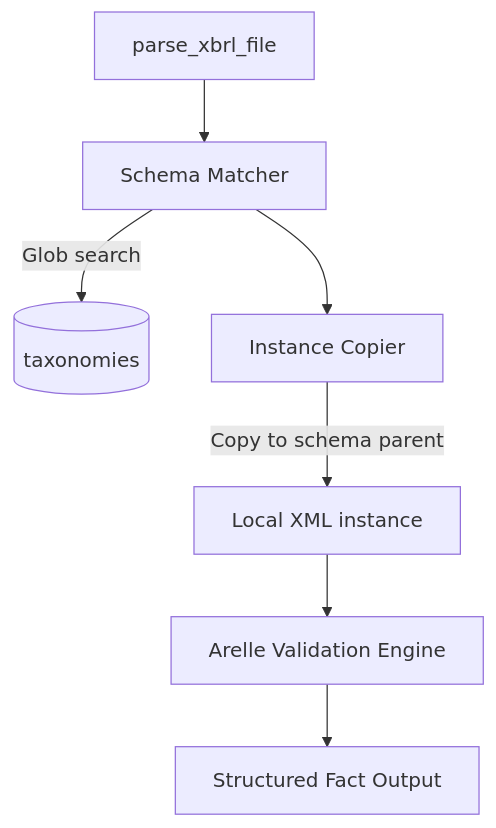
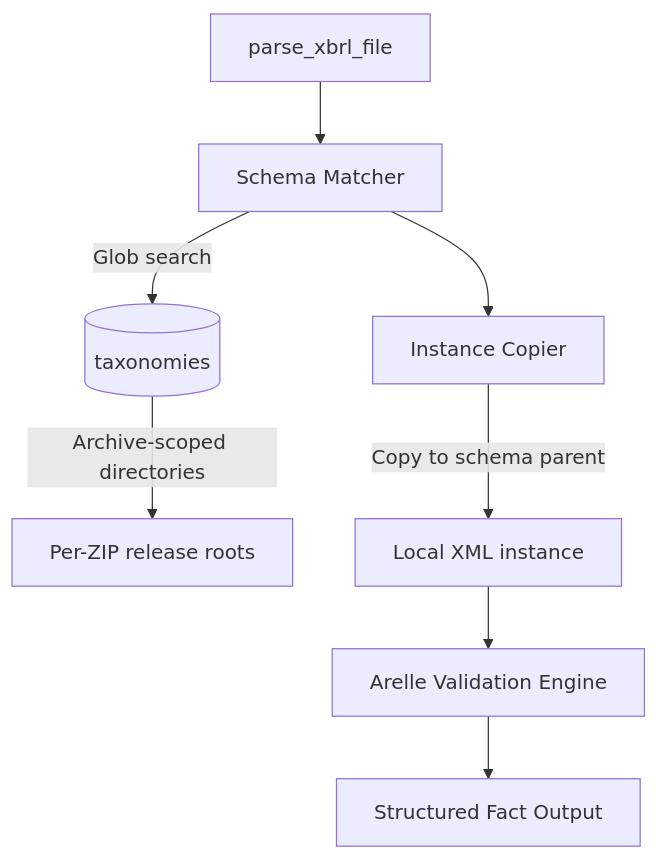
One commit to eggmasonvalue/nse-xbrl-parser changed the diagram in .context/ARCHITECTURE.md. Above: the diagram before and after it, drawn with Mermaid. The commit also changed other lines of this file and 12 other files, not shown here.

````diff
--- a/.context/ARCHITECTURE.md
+++ b/.context/ARCHITECTURE.md
@@ -7,9 +7,10 @@
 ```mermaid
 graph TD;
     API[parse_xbrl_file] --> Matcher[Schema Matcher]
     Matcher -->|Glob search| Vault[(taxonomies)]
+    Vault -->|Archive-scoped directories| Releases[Per-ZIP release roots]
     Matcher --> Copier[Instance Copier]
     Copier -->|Copy to schema parent| Temp[Local XML instance]
     Temp --> Arelle[Arelle Validation Engine]
     Arelle --> JSON[Structured Fact Output]
 ```
````
